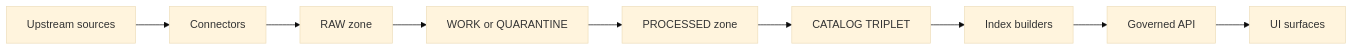
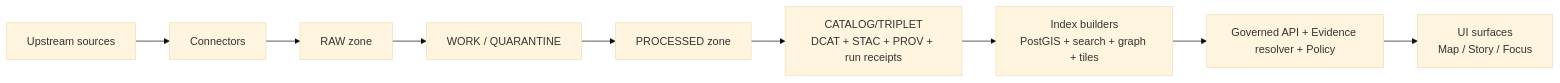
The second of 3 diagrams in packages/indexers/README.md (bartytime4life/Kansas-Frontier-Matrix), drawn with Mermaid (base theme) before and after one commit. The commit also changed other lines of this file, not shown here.

````diff
--- a/packages/indexers/README.md
+++ b/packages/indexers/README.md
@@ -67,11 +107,11 @@
 ```mermaid
 flowchart LR
-  S[Upstream sources] --> C[Connectors]
-  C --> RAW[RAW zone]
-  RAW --> WQ[WORK or QUARANTINE]
-  WQ --> P[PROCESSED zone]
-  P --> T[CATALOG TRIPLET]
-  T --> I[Index builders]
-  I --> A[Governed API]
-  A --> U[UI surfaces]
+  SRC[Upstream sources] --> CON[Connectors]
+  CON --> RAW[RAW zone]
+  RAW --> WQ[WORK / QUARANTINE]
+  WQ --> PR[PROCESSED zone]
+  PR --> CAT[CATALOG/TRIPLET<br/>DCAT + STAC + PROV + run receipts]
+  CAT --> IDX[Index builders<br/>PostGIS + search + graph + tiles]
+  IDX --> API[Governed API + Evidence resolver + Policy]
+  API --> UI[UI surfaces<br/>Map / Story / Focus]
 ```
````
